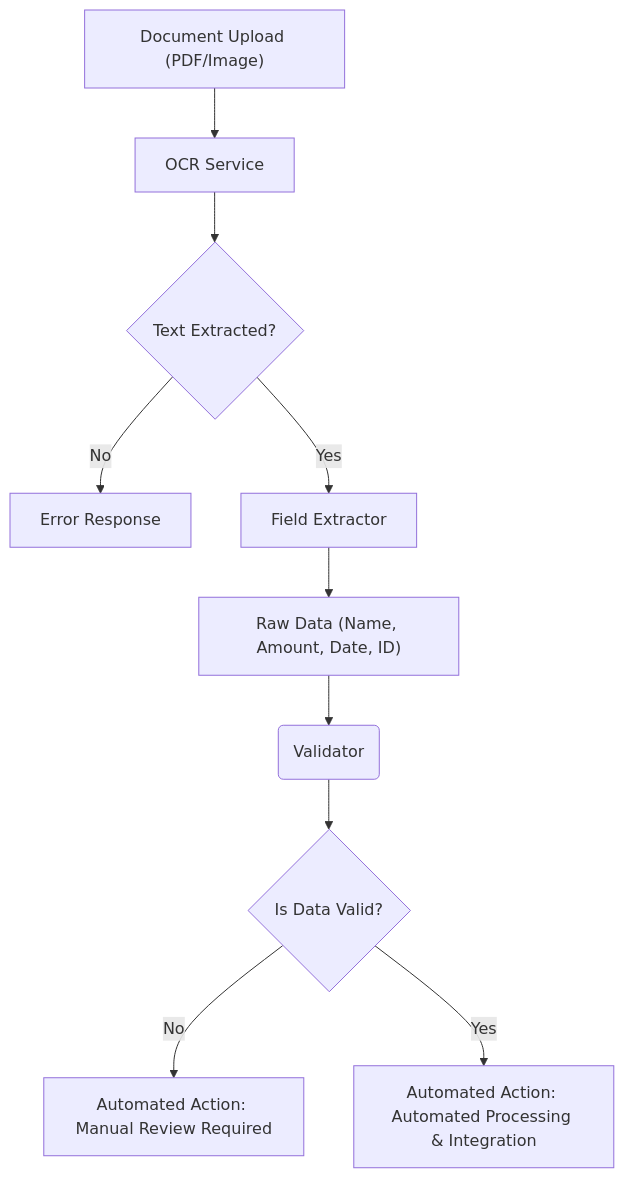
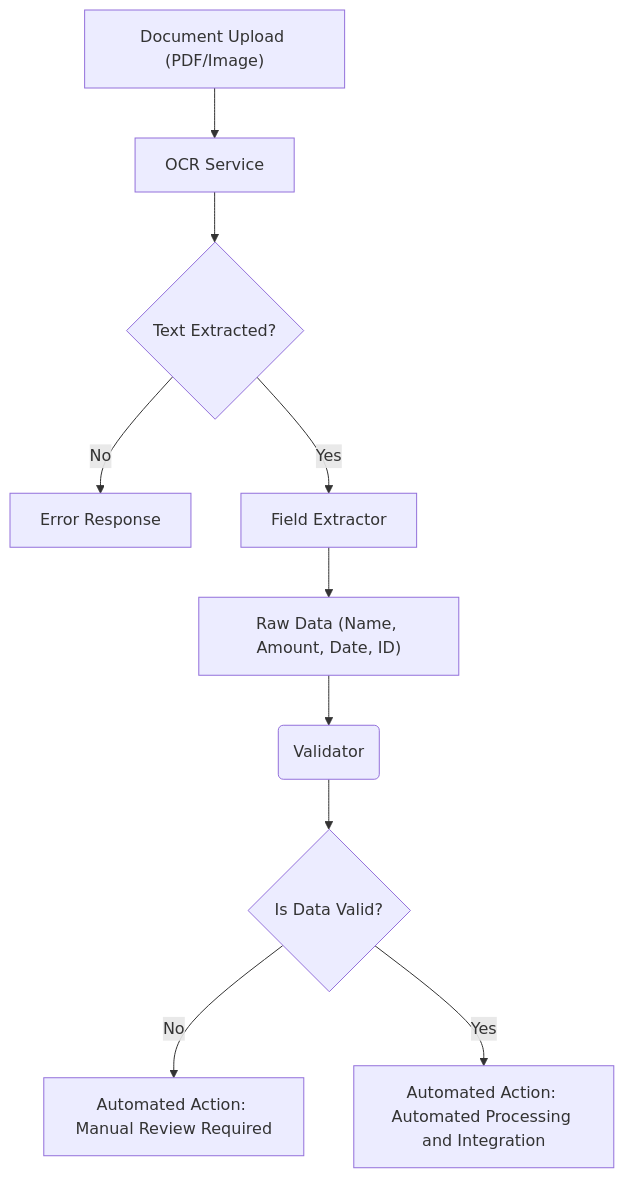
One commit to VAMSIPOLIPARTHI/ocr changed the diagram in README.md. Above: the diagram before and after it, drawn with Mermaid.

Commit message:
Fix mermaid rendering in README

````diff
--- a/README.md
+++ b/README.md
@@ -26,13 +26,12 @@
 ```mermaid
 graph TD
     A["Document Upload (PDF/Image)"] --> B["OCR Service"]
     B --> C{"Text Extracted?"}
-    C -- No --> D["Error Response"]
-    C -- Yes --> E["Field Extractor"]
+    C -->|No| D["Error Response"]
+    C -->|Yes| E["Field Extractor"]
     E --> F["Raw Data (Name, Amount, Date, ID)"]
-    G("Validator")
-    F --> G
+    F --> G("Validator")
     G --> H{"Is Data Valid?"}
-    H -- No --> I["Automated Action: Manual Review Required"]
-    H -- Yes --> J["Automated Action: Automated Processing & Integration"]
+    H -->|No| I["Automated Action: Manual Review Required"]
+    H -->|Yes| J["Automated Action: Automated Processing and Integration"]
 ```
````
